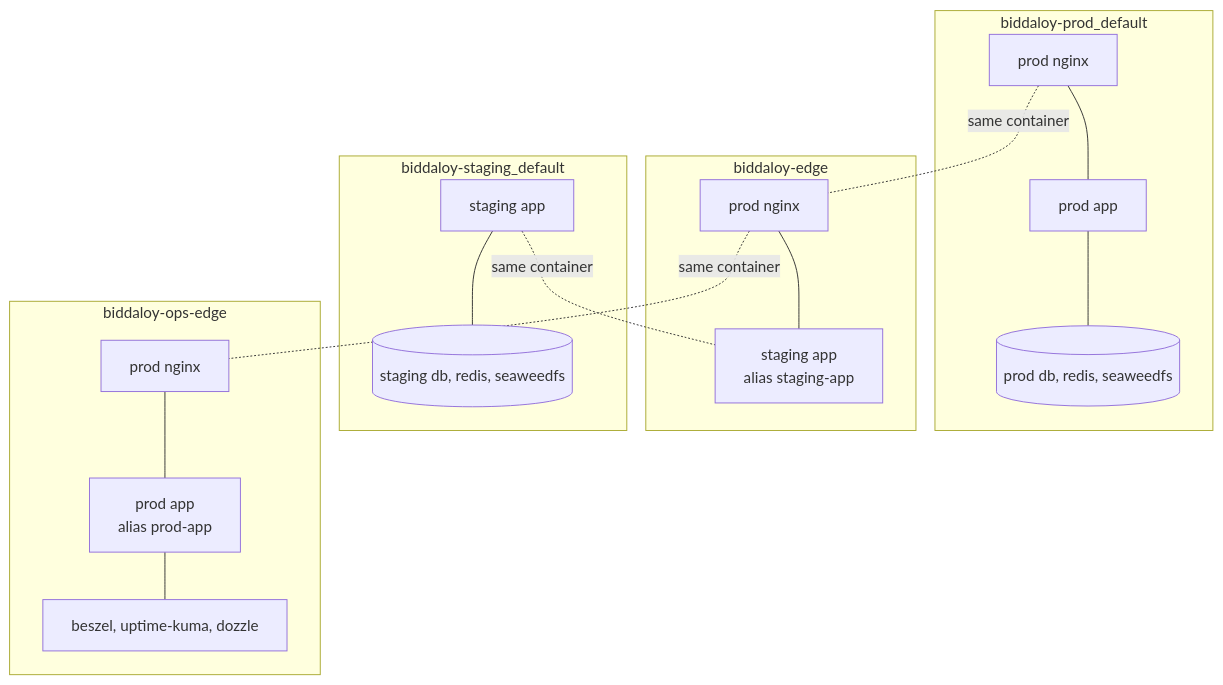
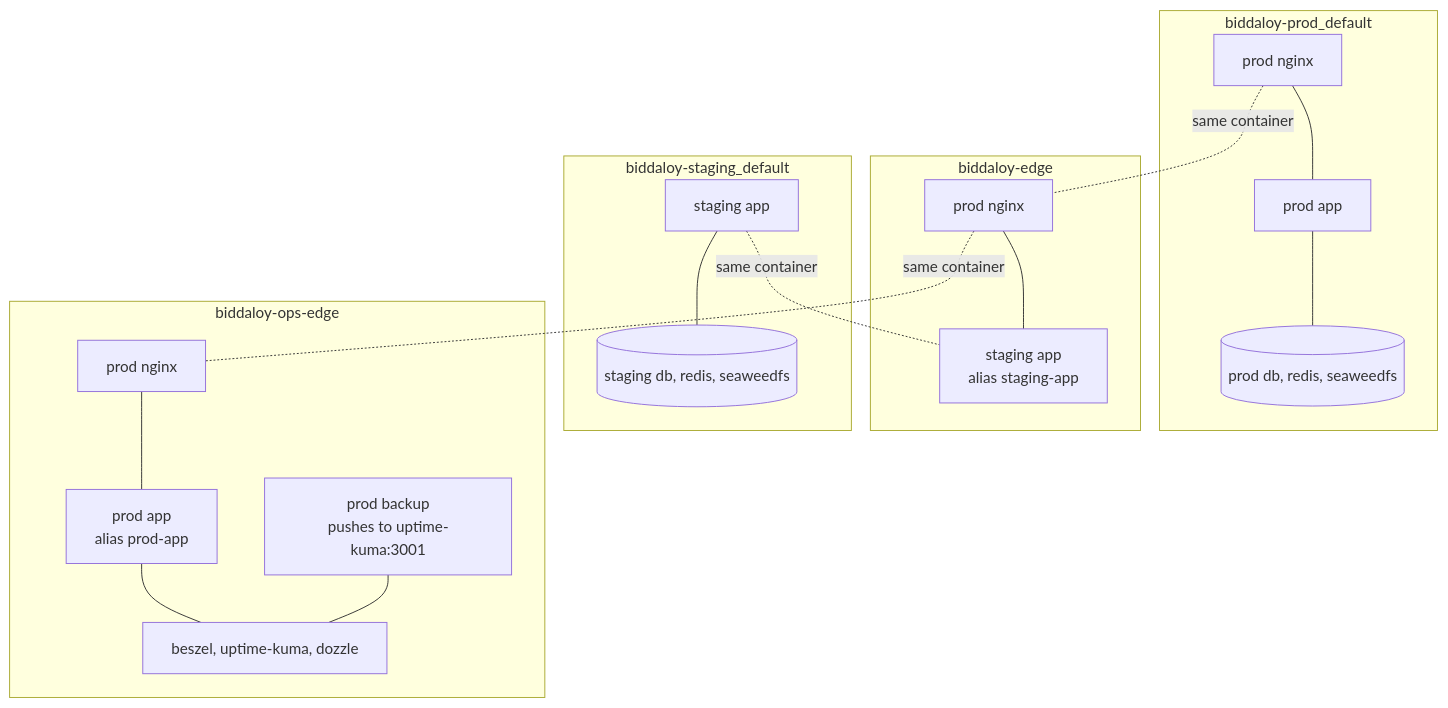
One commit to tareq89/biddaloy changed the second of 12 diagrams in docs/architecture/28-platform-runbook.md. Above: the diagram before and after it, drawn with Mermaid. The commit also changed other lines of this file and 4 other files, not shown here.

````diff
--- a/docs/architecture/28-platform-runbook.md
+++ b/docs/architecture/28-platform-runbook.md
@@ -45,17 +53,18 @@
 ```mermaid
 flowchart TB
   subgraph PN["biddaloy-prod_default"]
     pn[prod nginx] --- pa[prod app] --- pdb[(prod db, redis, seaweedfs)]
   end
   subgraph EDGE["biddaloy-edge"]
     pn2[prod nginx] --- sa2["staging app<br/>alias staging-app"]
   end
   subgraph SN["biddaloy-staging_default"]
     sa[staging app] --- sdb[(staging db, redis, seaweedfs)]
   end
   subgraph OPS["biddaloy-ops-edge"]
     pn3[prod nginx] --- pa3["prod app<br/>alias prod-app"] --- ui["beszel, uptime-kuma, dozzle"]
+    pb3["prod backup<br/>pushes to uptime-kuma:3001"] --- ui
   end
   pn -. same container .- pn2 -. same container .- pn3
   sa -. same container .- sa2
 ```
````
